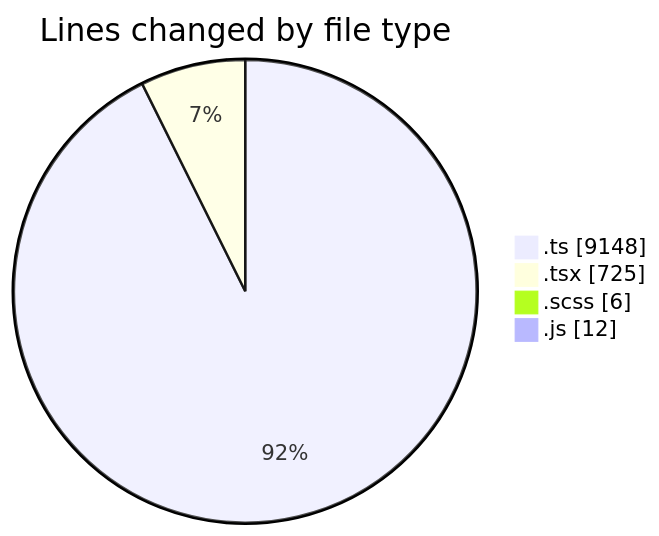
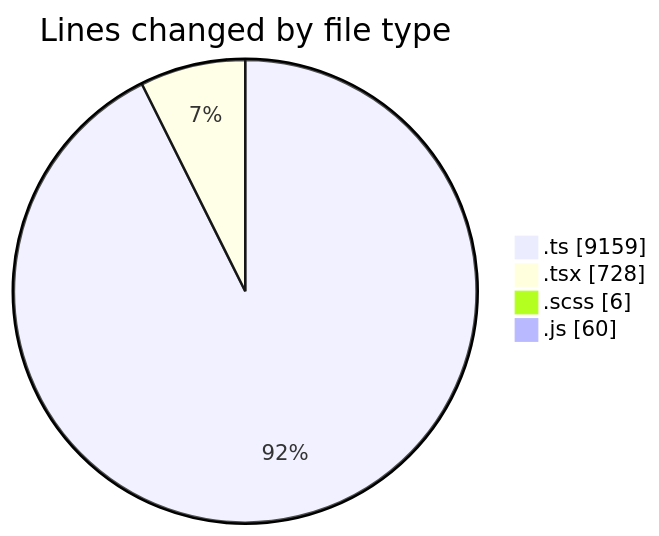
The first of 2 diagrams in 2026-03-17/cda/README.md (momahboobian/code-tracking), drawn with Mermaid before and after one commit. The commit also changed other lines of this file and 1 other file, not shown here.

````diff
--- a/2026-03-17/cda/README.md
+++ b/2026-03-17/cda/README.md
@@ -27,8 +27,8 @@
 ```mermaid
 pie showData
 title Lines changed by file type
-".ts" : 9148
-".tsx" : 725
+".ts" : 9159
+".tsx" : 728
 ".scss" : 6
-".js" : 12
+".js" : 60
 ```
````
